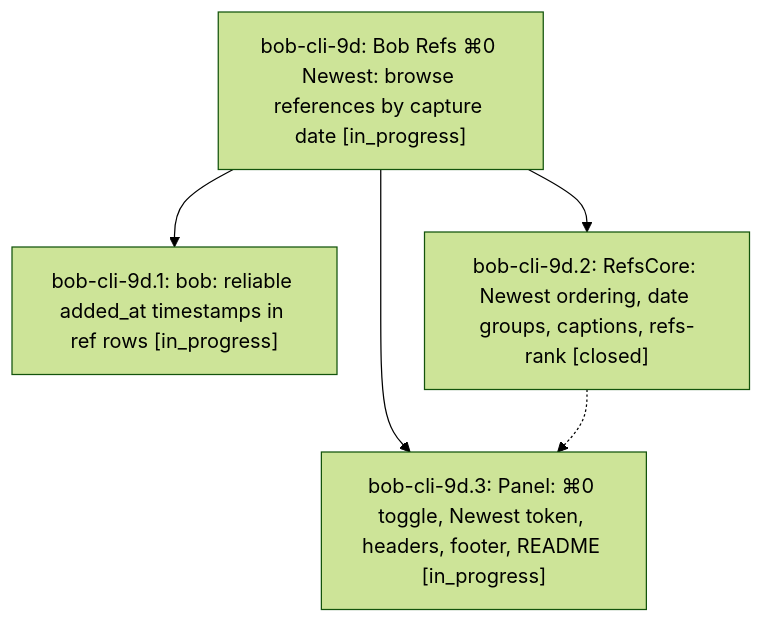
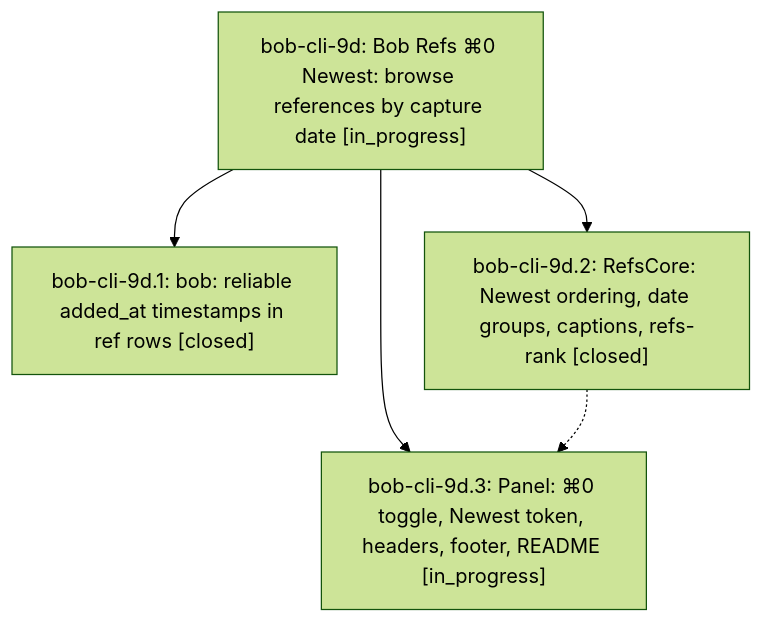
The diagram in pages/bob-cli-9d/README.md (bobs-org/bob-cli--beads), drawn with Mermaid (forest theme) before and after one commit. The commit also changed other lines of this file and 2 other files, not shown here.

First line of the commit message:
chore(beads): sync bead state and pages for bob-cli-9d

````diff
--- a/pages/bob-cli-9d/README.md
+++ b/pages/bob-cli-9d/README.md
@@ -36,11 +36,11 @@
 ```mermaid
 flowchart TD
     n0["bob-cli-9d: Bob Refs ⌘0 Newest: browse references by capture date [in_progress]"]
-    n1["bob-cli-9d.1: bob: reliable added_at timestamps in ref rows [in_progress]"]
+    n1["bob-cli-9d.1: bob: reliable added_at timestamps in ref rows [closed]"]
     n2["bob-cli-9d.2: RefsCore: Newest ordering, date groups, captions, refs-rank [closed]"]
     n3["bob-cli-9d.3: Panel: ⌘0 toggle, Newest token, headers, footer, README [in_progress]"]
     n0 --> n1
     n0 --> n2
     n0 --> n3
     n2 -.-> n3
 ```
````
